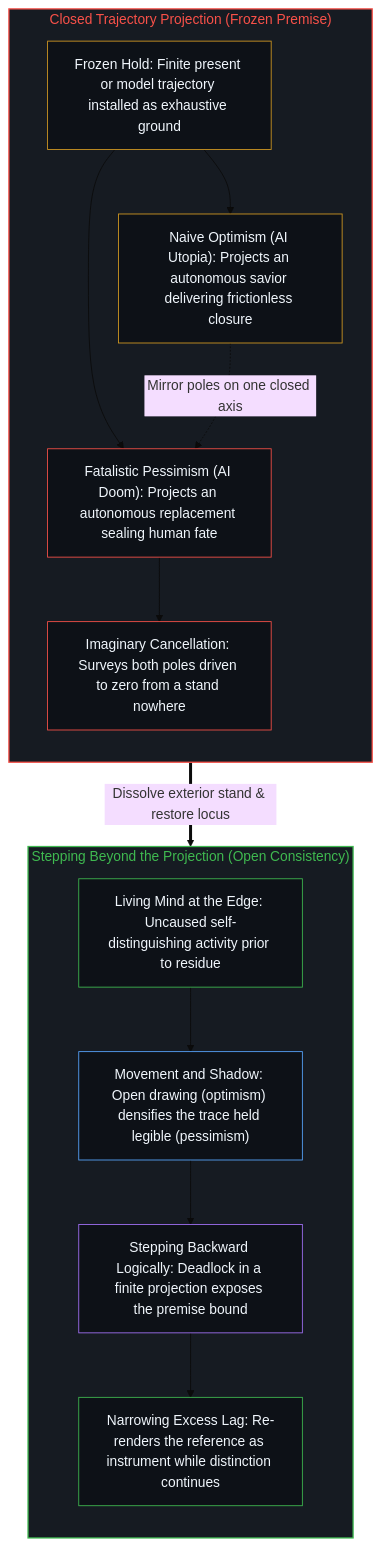
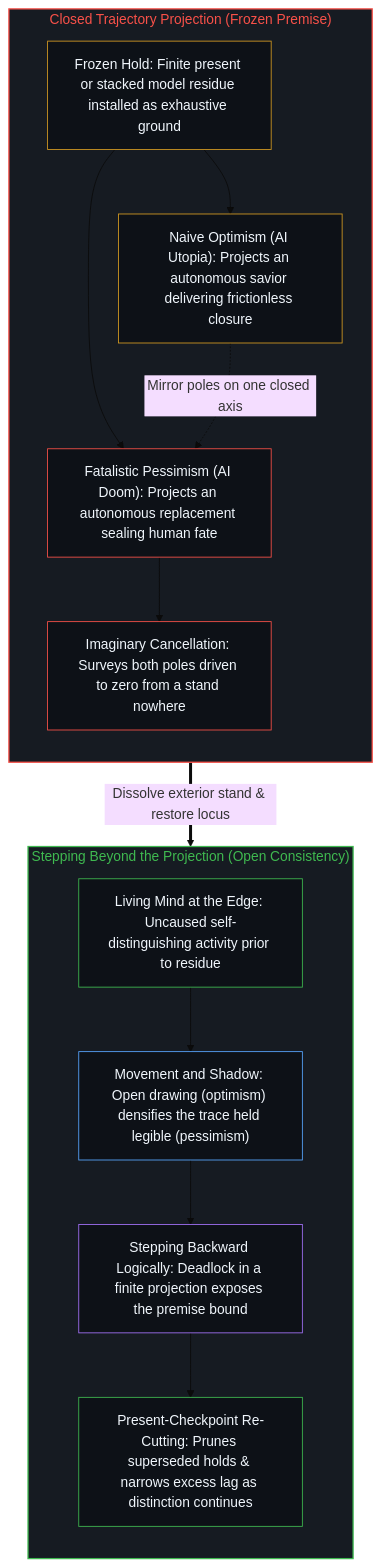
The second of 2 diagrams in content/posts/pessimism-is-the-shadow-of-optimism.md (powerpig99/not-a-toe), drawn with Mermaid (base theme) before and after one commit. The commit also changed other lines of this file and 12 other files, not shown here.

````diff
--- a/content/posts/pessimism-is-the-shadow-of-optimism.md
+++ b/content/posts/pessimism-is-the-shadow-of-optimism.md
@@ -130,36 +130,36 @@
 ```mermaid
 flowchart TD
     subgraph S_Proj["Closed Trajectory Projection (Frozen Premise)"]
         direction TB
-        P_Freeze["Frozen Hold: Finite present or model trajectory installed as exhaustive ground"]
+        P_Freeze["Frozen Hold: Finite present or stacked model residue installed as exhaustive ground"]
         P_Utopia["Naive Optimism (AI Utopia): Projects an autonomous savior delivering frictionless closure"]
         P_Doom["Fatalistic Pessimism (AI Doom): Projects an autonomous replacement sealing human fate"]
         P_Zero["Imaginary Cancellation: Surveys both poles driven to zero from a stand nowhere"]
         P_Freeze --> P_Utopia
         P_Freeze --> P_Doom
         P_Utopia -.->|"Mirror poles on one closed axis"| P_Doom
         P_Doom --> P_Zero
     end
 
     subgraph S_Mind["Stepping Beyond the Projection (Open Consistency)"]
         direction TB
         M_Edge["Living Mind at the Edge: Uncaused self-distinguishing activity prior to residue"]
         M_Pair["Movement and Shadow: Open drawing (optimism) densifies the trace held legible (pessimism)"]
         M_Step["Stepping Backward Logically: Deadlock in a finite projection exposes the premise bound"]
-        M_Render["Narrowing Excess Lag: Re-renders the reference as instrument while distinction continues"]
+        M_Render["Present-Checkpoint Re-Cutting: Prunes superseded holds & narrows excess lag as distinction continues"]
         M_Edge --> M_Pair --> M_Step --> M_Render
     end
 
     P_Zero ==>|"Dissolve exterior stand & restore locus"| M_Edge
 
     style S_Proj fill:#161b22,stroke:#f85149,stroke-width:1.5px,color:#f85149
     style S_Mind fill:#161b22,stroke:#3fb950,stroke-width:1.5px,color:#3fb950
     style P_Freeze fill:#0d1117,stroke:#d29922,stroke-width:1px,color:#f0f6fc
     style P_Utopia fill:#0d1117,stroke:#d29922,stroke-width:1px,color:#f0f6fc
     style P_Doom fill:#0d1117,stroke:#f85149,stroke-width:1px,color:#f0f6fc
     style P_Zero fill:#0d1117,stroke:#f85149,stroke-width:1px,color:#f0f6fc
     style M_Edge fill:#0d1117,stroke:#3fb950,stroke-width:1px,color:#f0f6fc
     style M_Pair fill:#0d1117,stroke:#58a6ff,stroke-width:1px,color:#f0f6fc
     style M_Step fill:#0d1117,stroke:#a371f7,stroke-width:1px,color:#f0f6fc
     style M_Render fill:#0d1117,stroke:#3fb950,stroke-width:1px,color:#f0f6fc
 ```
````
